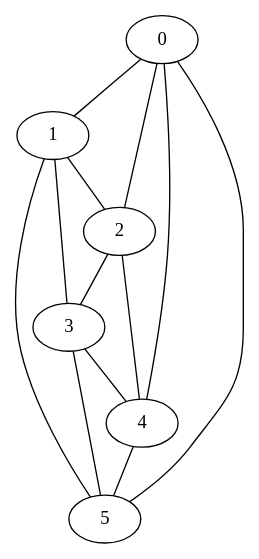
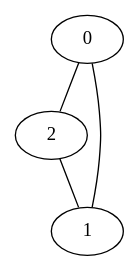
The diagram in GraphColor/graph.dot (sdberardinelli/graphcolor), drawn with Graphviz before and after one commit. The commit also changed 3 other files, not shown here.

```diff
--- a/GraphColor/graph.dot
+++ b/GraphColor/graph.dot
@@ -1,20 +1,8 @@
 graph G {
 0;
 1;
 2;
-3;
-4;
-5;
-0--1 ;
 0--2 ;
-0--4 ;
-0--5 ;
-1--2 ;
-1--3 ;
-1--5 ;
-2--3 ;
-2--4 ;
-3--4 ;
-3--5 ;
-4--5 ;
+1--0 ;
+2--1 ;
 }
```
